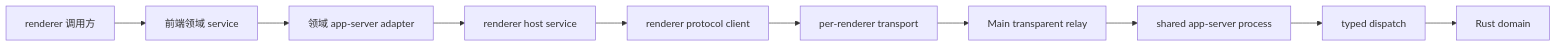
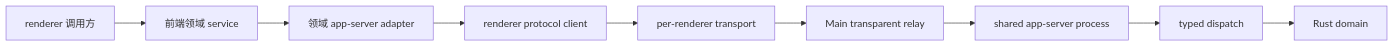
The first of 2 diagrams in .agents/skills/app-server-api-integration/references/connection-architecture.md (chogng/zeta), drawn with Mermaid before and after one commit. The commit also changed other lines of this file and 6 other files, not shown here.

````diff
--- a/.agents/skills/app-server-api-integration/references/connection-architecture.md
+++ b/.agents/skills/app-server-api-integration/references/connection-architecture.md
@@ -7,12 +36,11 @@
 ```mermaid
 flowchart LR
     Caller[renderer 调用方] --> Service[前端领域 service]
     Service --> Adapter[领域 app-server adapter]
-    Adapter --> Host[renderer host service]
-    Host --> Client[renderer protocol client]
+    Adapter --> Client[renderer protocol client]
     Client --> Port[per-renderer transport]
     Port --> Relay[Main transparent relay]
     Relay --> Process[shared app-server process]
     Process --> Dispatch[typed dispatch]
     Dispatch --> Domain[Rust domain]
 ```
````
